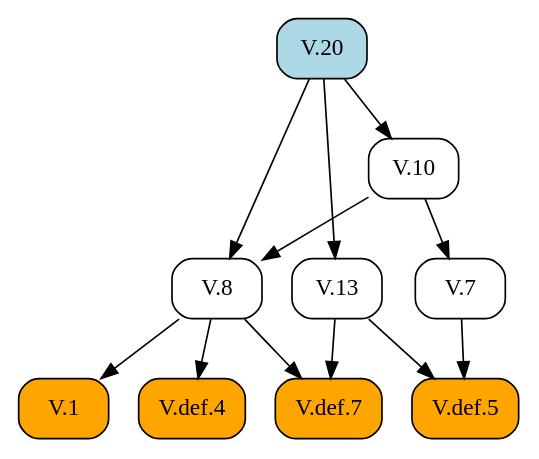
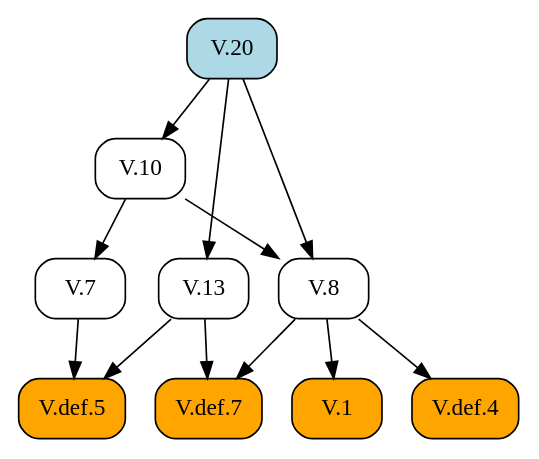
Before and after one commit to geometor/elements: the diagram in docsrc/heath/V/20/index.rst, drawn with Graphviz. The commit also changed other lines of this file and 484 other files, not shown here.

```diff
--- a/docsrc/heath/V/20/index.rst
+++ b/docsrc/heath/V/20/index.rst
@@ -50,26 +50,26 @@
 .. graphviz::
 
    digraph {
      rankdir="TB";
      node [shape=box, style=rounded];
+     "V.10" [URL="/heath/V/10/", target="_top"];
+     "V.def.7" [style="rounded,filled", fillcolor=orange, URL="/heath/V/def.7/", target="_top"];
+     "V.1" [style="rounded,filled", fillcolor=orange, URL="/heath/V/1/", target="_top"];
+     "V.13" [URL="/heath/V/13/", target="_top"];
+     "V.20" [style="rounded,filled", fillcolor=lightblue, URL="/heath/V/20/", target="_top"];
+     "V.7" [URL="/heath/V/7/", target="_top"];
+     "V.def.5" [style="rounded,filled", fillcolor=orange, URL="/heath/V/def.5/", target="_top"];
+     "V.def.4" [style="rounded,filled", fillcolor=orange, URL="/heath/V/def.4/", target="_top"];
      "V.8" [URL="/heath/V/8/", target="_top"];
-     "V.1" [style="rounded,filled", fillcolor=orange, URL="/heath/V/1/", target="_top"];
-     "V.7" [URL="/heath/V/7/", target="_top"];
-     "V.def.4" [style="rounded,filled", fillcolor=orange, URL="/heath/V/def.4/", target="_top"];
-     "V.def.5" [style="rounded,filled", fillcolor=orange, URL="/heath/V/def.5/", target="_top"];
-     "V.20" [style="rounded,filled", fillcolor=lightblue, URL="/heath/V/20/", target="_top"];
-     "V.def.7" [style="rounded,filled", fillcolor=orange, URL="/heath/V/def.7/", target="_top"];
-     "V.10" [URL="/heath/V/10/", target="_top"];
-     "V.13" [URL="/heath/V/13/", target="_top"];
+     "V.20" -> "V.10";
+     "V.8" -> "V.def.7";
+     "V.13" -> "V.def.7";
+     "V.8" -> "V.1";
+     "V.20" -> "V.13";
+     "V.10" -> "V.7";
+     "V.7" -> "V.def.5";
+     "V.13" -> "V.def.5";
+     "V.8" -> "V.def.4";
      "V.10" -> "V.8";
      "V.20" -> "V.8";
-     "V.8" -> "V.1";
-     "V.10" -> "V.7";
-     "V.8" -> "V.def.4";
-     "V.7" -> "V.def.5";
-     "V.13" -> "V.def.5";
-     "V.8" -> "V.def.7";
-     "V.13" -> "V.def.7";
-     "V.20" -> "V.10";
-     "V.20" -> "V.13";
    }
```
